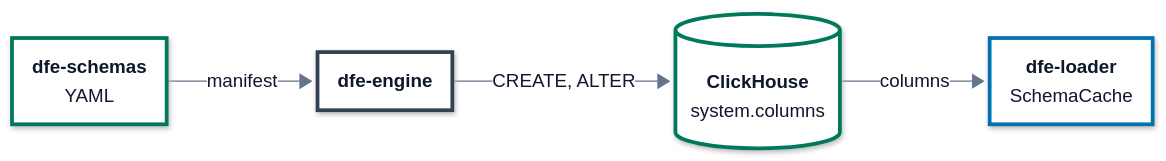
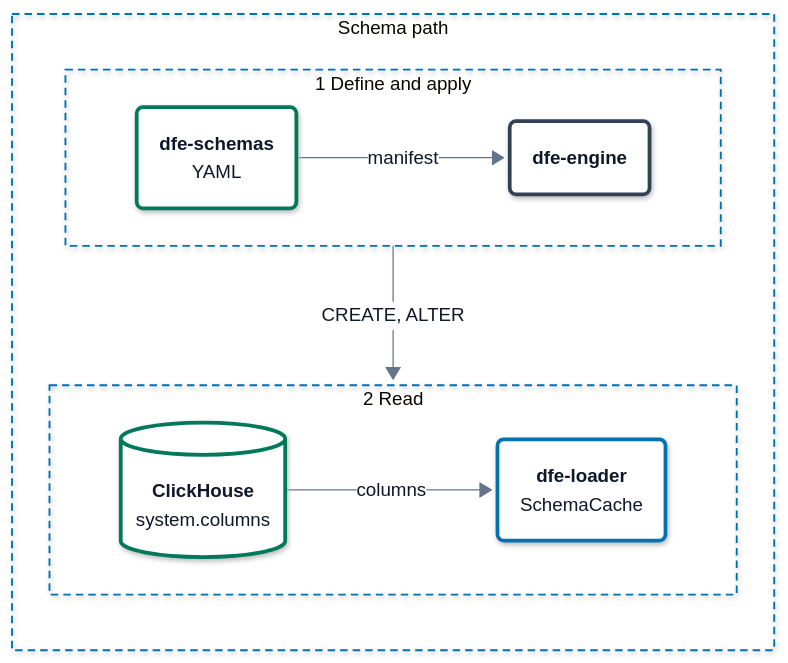
The diagram in docs/deployment/schemas.md (hyperi-io/dfe-loader), drawn with Mermaid before and after one commit. The commit also changed 19 other files, not shown here.

First line of the commit message:
docs(architecture): bring the loader pages to the architecture standard

````diff
--- a/docs/deployment/schemas.md
+++ b/docs/deployment/schemas.md
@@ -66,18 +66,32 @@
     .ui .label-icon{color:#D9480F}
     .ext .label-icon{color:#64748B}
 ---
-flowchart LR
+flowchart TB
     accTitle: L4 Detail -- Where a table's schema comes from
     accDescr: dfe-schemas holds the YAML definitions. dfe-engine applies the manifest at boot with CREATE and ALTER statements. The loader reads the result from ClickHouse system.columns into its schema cache, again each time an entry expires.
 
-    yaml["<b>dfe-schemas</b><br/><span>YAML</span>"]
-    engine["<b>dfe-engine</b>"]
-    clickhouse[("<b>ClickHouse</b><br/><span>system.columns</span>")]
-    loader["<b>dfe-loader</b><br/><span>SchemaCache</span>"]
-
-    yaml -->|manifest| engine
-    engine -->|CREATE, ALTER| clickhouse
-    clickhouse -->|columns| loader
+    subgraph path["Schema path"]
+        direction TB
+        subgraph R1["1 Define and apply"]
+            direction LR
+            yaml("<b>dfe-schemas</b><br/><span>YAML</span>")
+            engine("<b>dfe-engine</b>")
+            yaml -->|manifest| engine
+        end
+        subgraph R2["2 Read"]
+            direction LR
+            clickhouse[("<b>ClickHouse</b><br/><span>system.columns</span>")]
+            loader("<b>dfe-loader</b><br/><span>SchemaCache</span>")
+            clickhouse -->|columns| loader
+        end
+        R1 -->|CREATE, ALTER| R2
+    end
+  class yaml,clickhouse store
+  class engine control
+  class loader load
+  class yaml,clickhouse store
+  class engine control
+  class loader load
   classDef ext fill:#F4F6F8,stroke:#94A3B8,stroke-width:1.5px,stroke-dasharray:5 4,color:#0F172A
   classDef ingest fill:#FFFFFF,stroke:#0E8A7D,stroke-width:3px,color:#0F172A
   classDef xform fill:#FFFFFF,stroke:#7B4FB0,stroke-width:3px,color:#0F172A
@@ -89,7 +103,7 @@
   classDef error fill:#FFFFFF,stroke:#C2410C,stroke-width:3px,color:#0F172A
   classDef control fill:#FFFFFF,stroke:#334155,stroke-width:3px,color:#0F172A
   classDef part fill:#FFFFFF,stroke:#94A3B8,stroke-width:1.5px,color:#0F172A
-  class yaml,clickhouse store
-  class engine control
-  class loader load
+  style path fill:none,stroke:#0072B2,stroke-width:1.5px,stroke-dasharray:6 4
+  style R1 fill:none,stroke:#0072B2,stroke-width:1.5px,stroke-dasharray:6 4
+  style R2 fill:none,stroke:#0072B2,stroke-width:1.5px,stroke-dasharray:6 4
 ```
````
